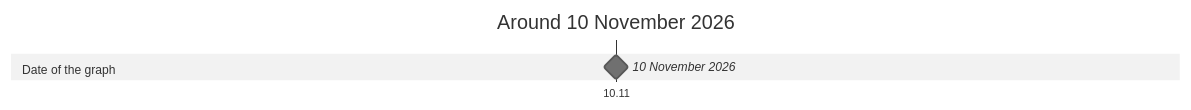
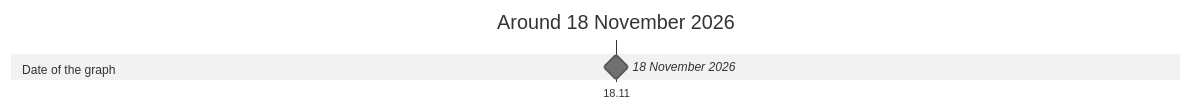
Before and after one commit to advancedcognitivesystems-ai/trame: the diagram in libs/geometry/docs/timeline.md, drawn with Mermaid (neutral theme). The commit also changed other lines of this file and 355 other files, not shown here.

````diff
--- a/libs/geometry/docs/timeline.md
+++ b/libs/geometry/docs/timeline.md
@@ -5,8 +5,8 @@
 ```mermaid
 gantt
   dateFormat YYYY-MM-DD
   axisFormat %d.%m
-  title Around 10 November 2026
+  title Around 18 November 2026
   section Date of the graph
-    10 November 2026 : milestone, 2026-11-10, 0d
+    18 November 2026 : milestone, 2026-11-18, 0d
 ```
````
